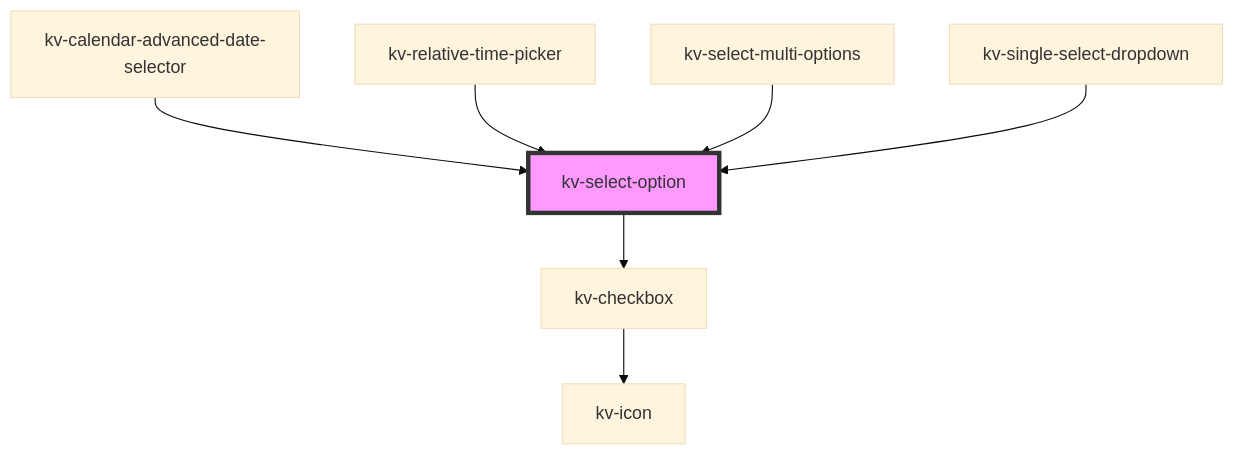
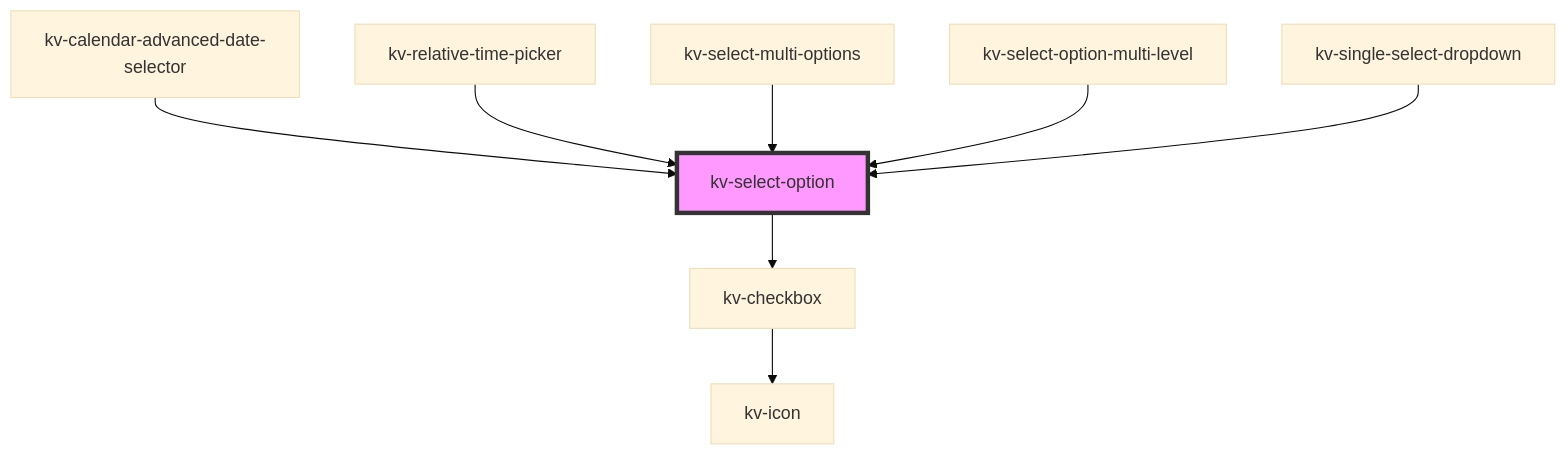
The diagram in packages/ui-components/src/components/select-option/readme.md (kelvininc/ui-components), drawn with Mermaid (base theme) before and after one commit. The commit also changed other lines of this file and 43 other files, not shown here.

````diff
--- a/packages/ui-components/src/components/select-option/readme.md
+++ b/packages/ui-components/src/components/select-option/readme.md
@@ -90,10 +101,11 @@
 ```mermaid
 graph TD;
   kv-select-option --> kv-checkbox
   kv-checkbox --> kv-icon
   kv-calendar-advanced-date-selector --> kv-select-option
   kv-relative-time-picker --> kv-select-option
   kv-select-multi-options --> kv-select-option
+  kv-select-option-multi-level --> kv-select-option
   kv-single-select-dropdown --> kv-select-option
   style kv-select-option fill:#f9f,stroke:#333,stroke-width:4px
 ```
````
